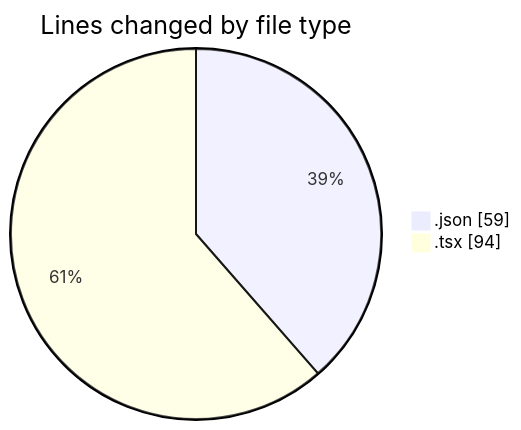
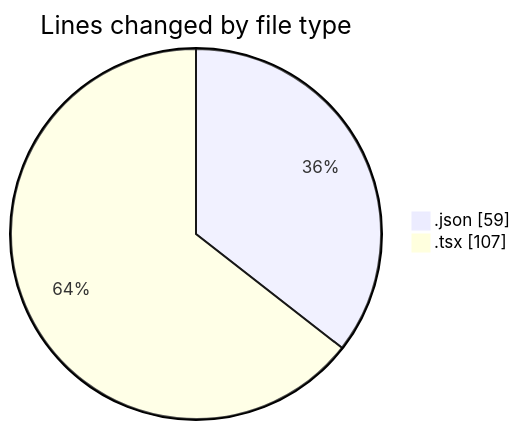
One commit to momahboobian/code-tracking changed the first of 2 diagrams in 2025-11-19/cda/README.md. Above: the diagram before and after it, drawn with Mermaid. The commit also changed other lines of this file and 1 other file, not shown here.

````diff
--- a/2025-11-19/cda/README.md
+++ b/2025-11-19/cda/README.md
@@ -21,6 +21,6 @@
 ```mermaid
 pie showData
 title Lines changed by file type
 ".json" : 59
-".tsx" : 94
+".tsx" : 107
 ```
````
